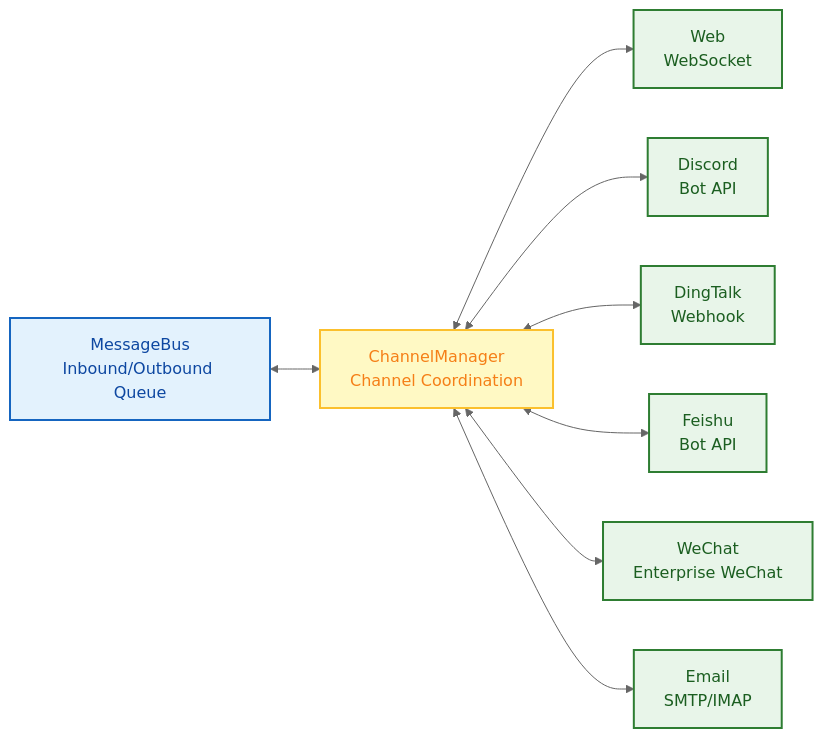
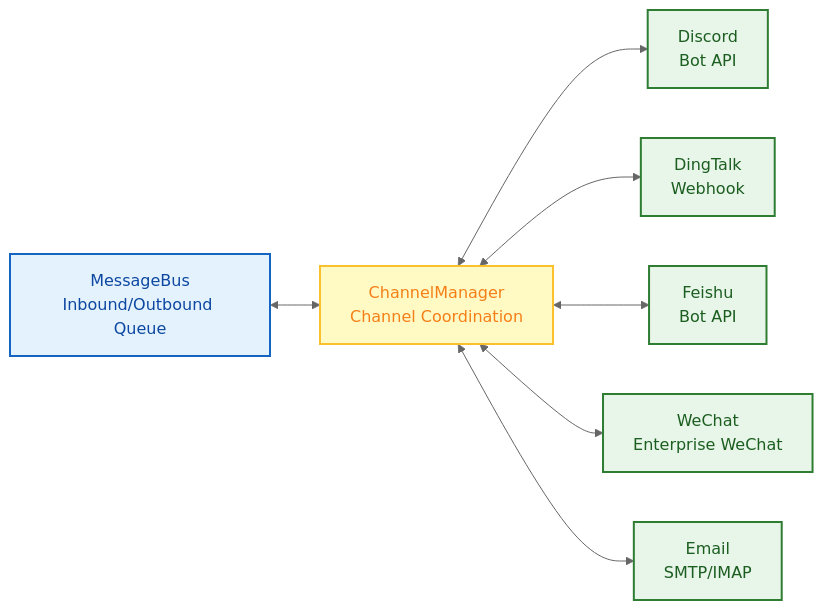
One commit to xt765/FinchBot changed the eighth of 8 diagrams in docs/en-US/blog/finchbot-flexible-ai-agent-framework.md. Above: the diagram before and after it, drawn with Mermaid (neutral theme). The commit also changed other lines of this file and 10 other files, not shown here.

````diff
--- a/docs/en-US/blog/finchbot-flexible-ai-agent-framework.md
+++ b/docs/en-US/blog/finchbot-flexible-ai-agent-framework.md
@@ -541,19 +541,18 @@
 ```mermaid
 flowchart LR
     classDef bus fill:#e3f2fd,stroke:#1565c0,stroke-width:2px,color:#0d47a1;
     classDef manager fill:#fff9c4,stroke:#fbc02d,stroke-width:2px,color:#f57f17;
     classDef channel fill:#e8f5e9,stroke:#2e7d32,stroke-width:2px,color:#1b5e20;
 
     Bus[MessageBus<br/>Inbound/Outbound Queue]:::bus
     CM[ChannelManager<br/>Channel Coordination]:::manager
 
-    Web[Web<br/>WebSocket]:::channel
     Discord[Discord<br/>Bot API]:::channel
     DingTalk[DingTalk<br/>Webhook]:::channel
     Feishu[Feishu<br/>Bot API]:::channel
     WeChat[WeChat<br/>Enterprise WeChat]:::channel
     Email[Email<br/>SMTP/IMAP]:::channel
 
     Bus <--> CM
-    CM <--> Web & Discord & DingTalk & Feishu & WeChat & Email
+    CM <--> Discord & DingTalk & Feishu & WeChat & Email
 ```
````
